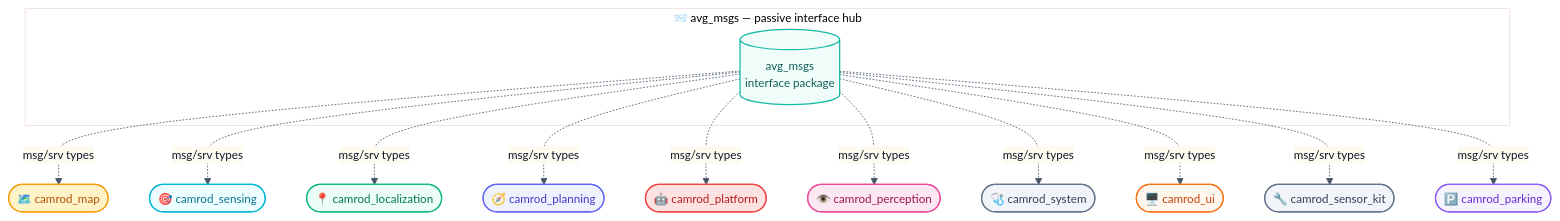
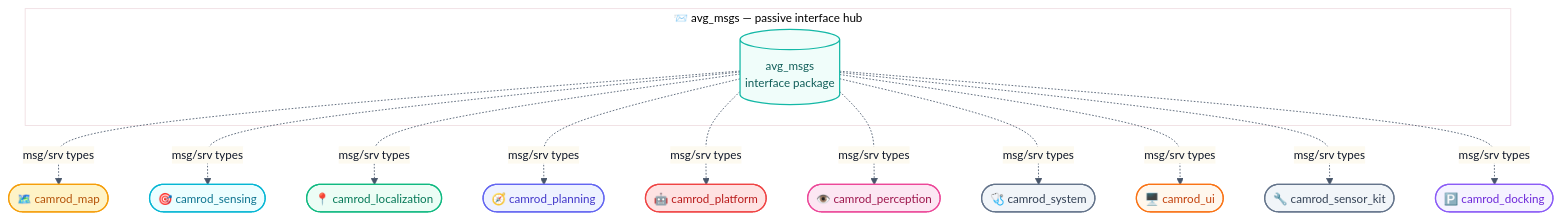
Before and after one commit to hwanhonglee/CAMROD: the first of 2 diagrams in camrod_common/avg_msgs/README.md, drawn with Mermaid. The commit also changed other lines of this file and 12 other files, not shown here.

First line of the commit message:
docs(HH_260528): rename camrod_parking → camrod_docking across all READMEs

````diff
--- a/camrod_common/avg_msgs/README.md
+++ b/camrod_common/avg_msgs/README.md
@@ -51,29 +51,29 @@
 ```mermaid
 %%{init: {'theme': 'base', 'themeVariables': {'fontFamily': 'ui-sans-serif, system-ui, sans-serif', 'fontSize': '14px', 'primaryColor': '#F0FDFA', 'primaryTextColor': '#0F172A', 'primaryBorderColor': '#14B8A6', 'lineColor': '#475569'}, 'flowchart': {'curve': 'basis', 'htmlLabels': true, 'padding': 12}}}%%
 graph TD
   subgraph CENTER["📨 avg_msgs — passive interface hub"]
     AVG[(avg_msgs\ninterface package)]:::iface
   end
 
   AVG -. msg/srv types .-> MAP([🗺️ camrod_map]):::mapping
   AVG -. msg/srv types .-> SENSING([🎯 camrod_sensing]):::sensing
   AVG -. msg/srv types .-> LOC([📍 camrod_localization]):::localization
   AVG -. msg/srv types .-> PLAN([🧭 camrod_planning]):::planning
   AVG -. msg/srv types .-> PLAT([🤖 camrod_platform]):::platform
   AVG -. msg/srv types .-> PER([👁️ camrod_perception]):::perception
   AVG -. msg/srv types .-> SYS([🩺 camrod_system]):::system
   AVG -. msg/srv types .-> UI([🖥️ camrod_ui]):::ui
   AVG -. msg/srv types .-> SKIT([🔧 camrod_sensor_kit]):::system
-  AVG -. msg/srv types .-> PARK([🅿️ camrod_parking]):::parking
+  AVG -. msg/srv types .-> PARK([🅿️ camrod_docking]):::docking
 
   classDef iface        fill:#F0FDFA,stroke:#14B8A6,stroke-width:1.5px,color:#115E59;
   classDef sensing      fill:#ECFEFF,stroke:#06B6D4,stroke-width:1.5px,color:#0E7490;
   classDef localization fill:#ECFDF5,stroke:#10B981,stroke-width:1.5px,color:#047857;
   classDef mapping      fill:#FEF3C7,stroke:#F59E0B,stroke-width:1.5px,color:#B45309;
   classDef perception   fill:#FCE7F3,stroke:#EC4899,stroke-width:1.5px,color:#9D174D;
   classDef planning     fill:#EEF2FF,stroke:#6366F1,stroke-width:1.5px,color:#4338CA;
   classDef platform     fill:#FEE2E2,stroke:#EF4444,stroke-width:1.5px,color:#B91C1C;
-  classDef parking      fill:#F5F3FF,stroke:#8B5CF6,stroke-width:1.5px,color:#6D28D9;
+  classDef docking      fill:#F5F3FF,stroke:#8B5CF6,stroke-width:1.5px,color:#6D28D9;
   classDef system       fill:#F1F5F9,stroke:#64748B,stroke-width:1.5px,color:#334155;
   classDef ui           fill:#FFF7ED,stroke:#F97316,stroke-width:1.5px,color:#C2410C;
 ```
````
